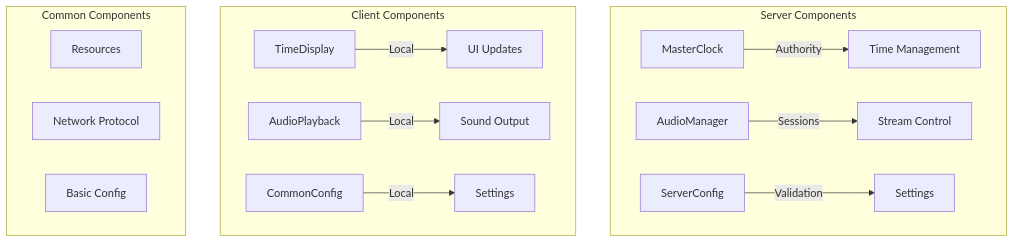
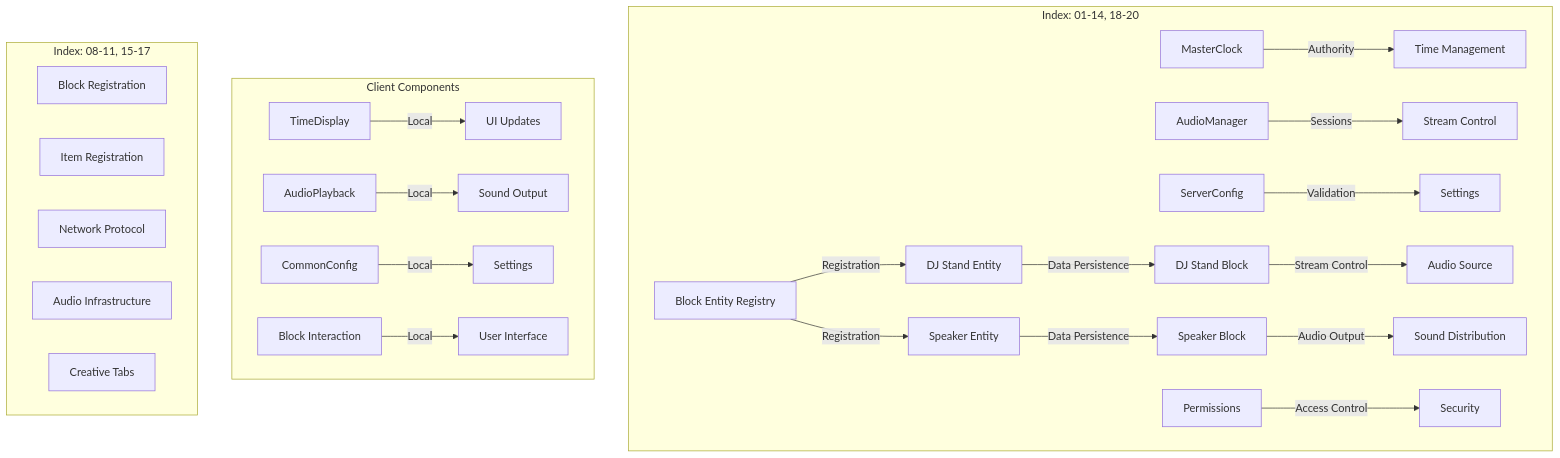
Before and after one commit to ThornsOfire/Minefest-Core: the second of 10 diagrams in docs/ARCHITECTURE.md, drawn with Mermaid. The commit also changed other lines of this file and 65 other files, not shown here.

Commit message:
v1.20.4-0.2.3.1: Complete Project Restoration & Stage 1-3 Implementation - COMPLETE CHANGELOG restored from v0.1.0.1 to current with full Stage 1-3 audio infrastructure, professional GUI system, documentation formatting fixes, and production server automation

````diff
--- a/docs/ARCHITECTURE.md
+++ b/docs/ARCHITECTURE.md
@@ -67,20 +142,30 @@
 ```mermaid
 graph TD
-    subgraph Server Components
+    subgraph Server Components [Index: 01-14, 18-20]
         A[MasterClock] -->|Authority| B[Time Management]
         C[AudioManager] -->|Sessions| D[Stream Control]
         E[ServerConfig] -->|Validation| F[Settings]
+        G[DJ Stand Block] -->|Stream Control| H[Audio Source]
+        I[Speaker Block] -->|Audio Output| J[Sound Distribution]
+        K[Permissions] -->|Access Control| L[Security]
+        M[DJ Stand Entity] -->|Data Persistence| G
+        N[Speaker Entity] -->|Data Persistence| I
+        O[Block Entity Registry] -->|Registration| M
+        O -->|Registration| N
     end
     
     subgraph Client Components
-        G[TimeDisplay] -->|Local| H[UI Updates]
-        I[AudioPlayback] -->|Local| J[Sound Output]
-        K[CommonConfig] -->|Local| L[Settings]
+        P[TimeDisplay] -->|Local| Q[UI Updates]
+        R[AudioPlayback] -->|Local| S[Sound Output]
+        T[CommonConfig] -->|Local| U[Settings]
+        V[Block Interaction] -->|Local| W[User Interface]
     end
     
-    subgraph Common Components
-        M[Resources]
-        N[Network Protocol]
-        O[Basic Config]
+    subgraph Common Components [Index: 08-11, 15-17]
+        X[Block Registration]
+        Y[Item Registration]
+        Z[Network Protocol]
+        AA[Audio Infrastructure]
+        BB[Creative Tabs]
     end
 ```
````
